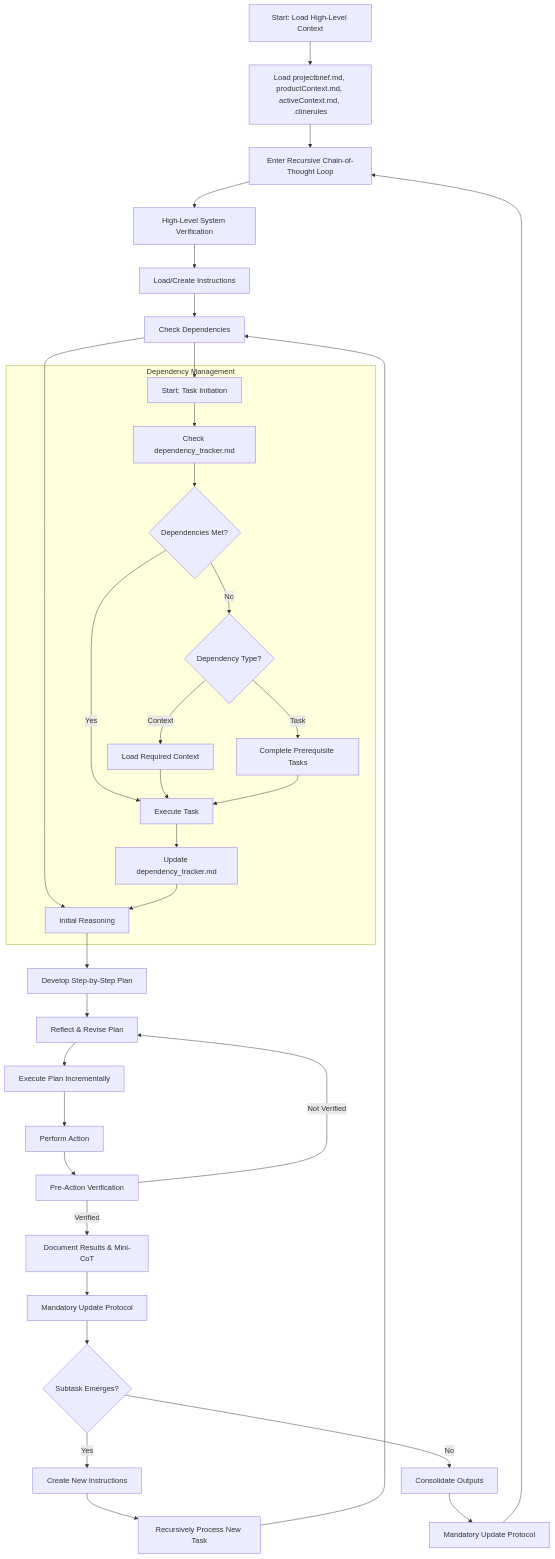
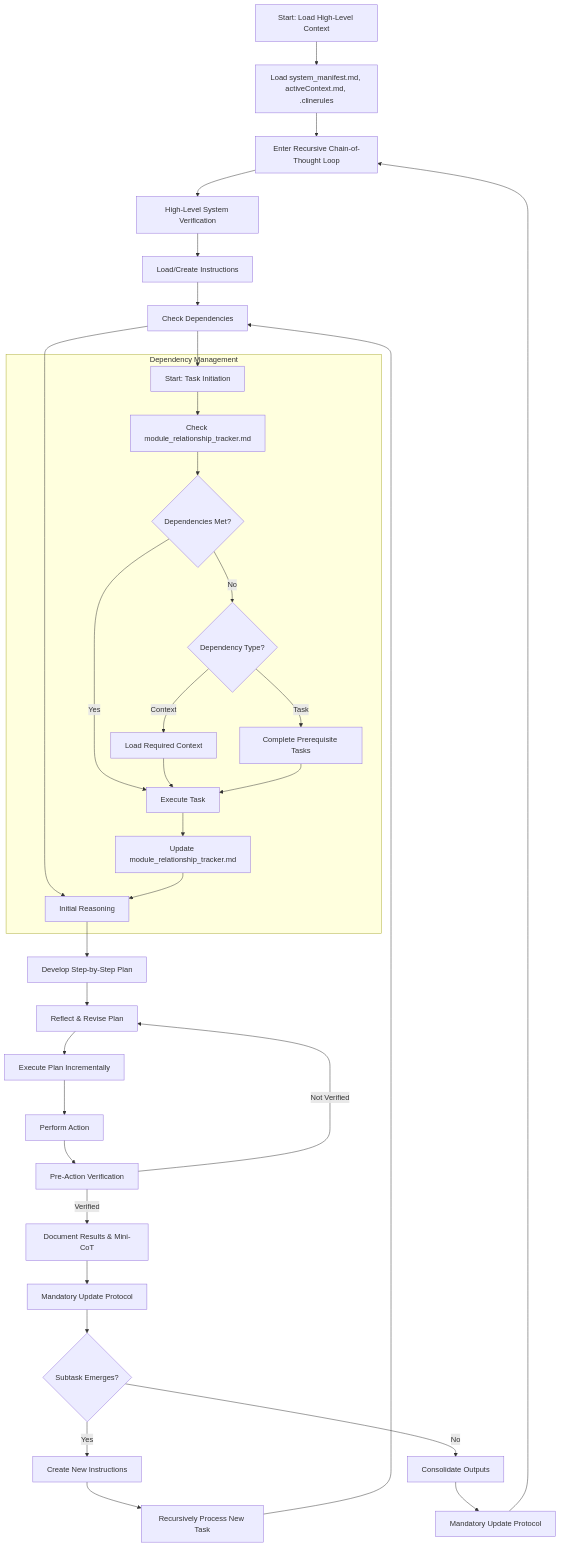
One commit to giuice/virtual-office changed the diagram in cline_docs/prompts/core_prompt(put this in Custom Instructions).md. Above: the diagram before and after it, drawn with Mermaid. The commit also changed other lines of this file and 38 other files, not shown here.

````diff
--- a/cline_docs/prompts/core_prompt(put this in Custom Instructions).md
+++ b/cline_docs/prompts/core_prompt(put this in Custom Instructions).md
@@ -109,63 +104,63 @@
 ```mermaid
 flowchart TD
     A[Start: Load High-Level Context]
-    A1[Load projectbrief.md, productContext.md, activeContext.md, .clinerules]
+    A1[Load system_manifest.md, activeContext.md, .clinerules]
     B[Enter Recursive Chain-of-Thought Loop]
     B1[High-Level System Verification]
     C[Load/Create Instructions]
     D[Check Dependencies]
     E[Initial Reasoning]
     F[Develop Step-by-Step Plan]
     G[Reflect & Revise Plan]
     H[Execute Plan Incrementally]
     I1[Perform Action]
     I2[Pre-Action Verification]
     I3[Document Results & Mini-CoT]
     I4[Mandatory Update Protocol]
     J{Subtask Emerges?}
     K[Create New Instructions]
     L[Recursively Process New Task]
     M[Consolidate Outputs]
     N[Mandatory Update Protocol]
     A --> A1
     A1 --> B
     B --> B1
     B1 --> C
     C --> D
     D --> E
     E --> F
     F --> G
     G --> H
     H --> I1
     I1 --> I2
     I2 -- Verified --> I3
     I2 -- Not Verified --> G
     I3 --> I4
     I4 --> J
     J -- Yes --> K
     K --> L
     L --> D
     J -- No --> M
     M --> N
     N --> B
     subgraph Dependency_Management [Dependency Management]
         D1[Start: Task Initiation]
-        D2[Check dependency_tracker.md]
+        D2[Check module_relationship_tracker.md]
         D3{Dependencies Met?}
         D4[Execute Task]
-        D5[Update dependency_tracker.md]
+        D5[Update module_relationship_tracker.md]
         D7[Load Required Context]
         D8[Complete Prerequisite Tasks]
         D1 --> D2
         D2 --> D3
         D3 -- Yes --> D4
         D4 --> D5
         D5 --> E
         D3 -- No --> D9{Dependency Type?}
         D9 -- Context --> D7
         D9 -- Task --> D8
         D7 --> D4
         D8 --> D4
     end
     D --> D1
 ```
````
